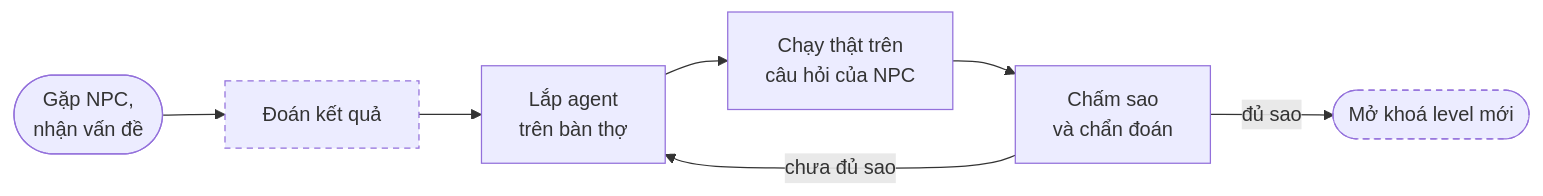
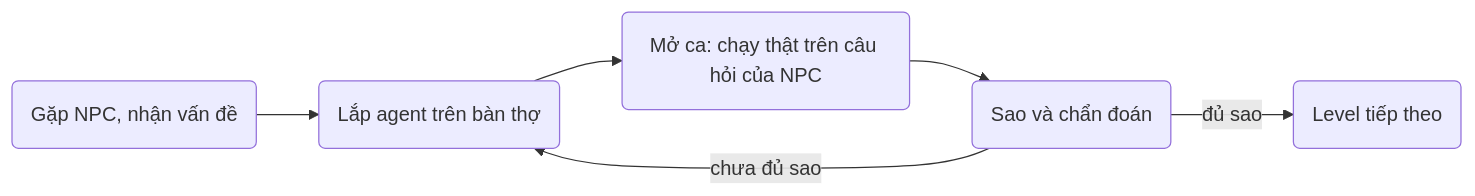
Before and after one commit to Tai-TZ/v-game: the first of 5 diagrams in README.md, drawn with Mermaid. The commit also changed other lines of this file, not shown here.

First line of the commit message:
docs(readme): trim to essentials, add diagrams and production link

````diff
--- a/README.md
+++ b/README.md
@@ -109,8 +36,8 @@
 ```mermaid
 flowchart LR
-    A(["Gặp NPC,<br/>nhận vấn đề"]) --> C["Đoán kết quả"] --> D["Lắp agent<br/>trên bàn thợ"] --> E["Chạy thật trên<br/>câu hỏi của NPC"] --> F["Chấm sao<br/>và chẩn đoán"]
-    F -->|chưa đủ sao| D
-    F -->|đủ sao| H(["Mở khoá level mới"])
-    classDef pending stroke-dasharray: 5 4
-    class C,H pending
+    npc("Gặp NPC, nhận vấn đề") --> build("Lắp agent trên bàn thợ")
+    build --> run("Mở ca: chạy thật trên câu hỏi của NPC")
+    run --> score("Sao và chẩn đoán")
+    score -->|"chưa đủ sao"| build
+    score -->|"đủ sao"| next("Level tiếp theo")
 ```
````
